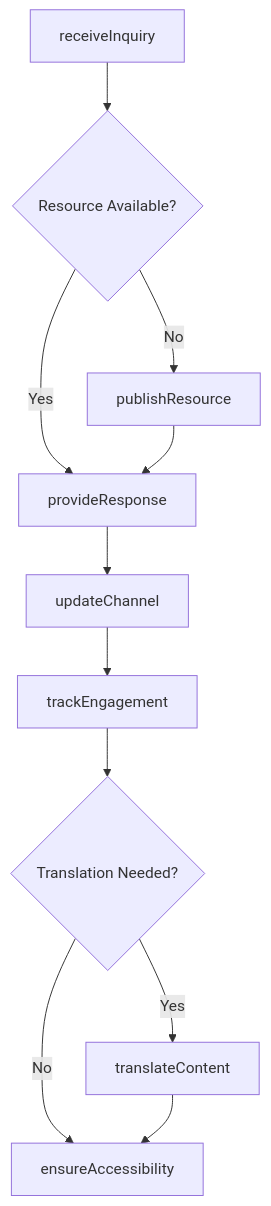
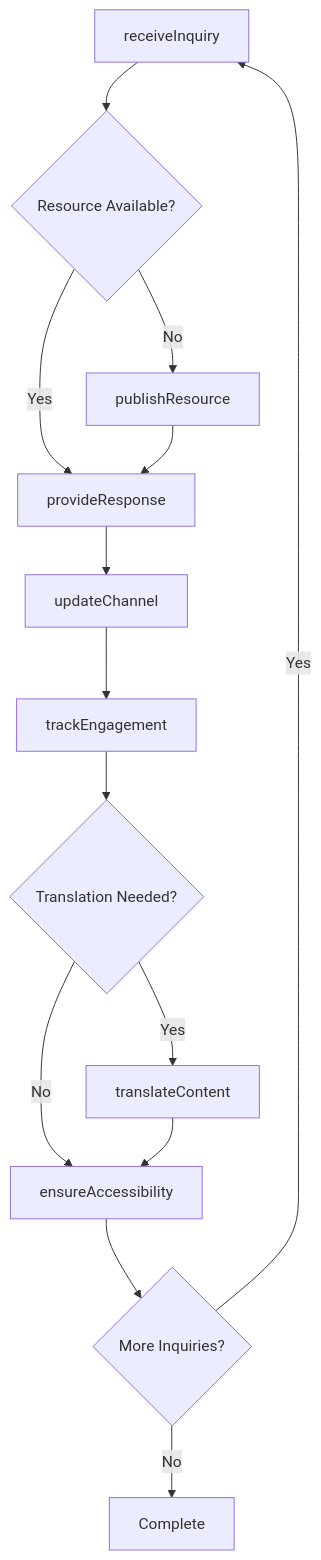
Before and after one commit to dot-org-ai/tasks.org.ai: the third of 4 diagrams in CommunicatingWithPeopleOutsideTheOrganization/ProvideInformationOrAssistanceToThePublic/ProvideInformationGeneralPublic.mdx, drawn with Mermaid. The commit also changed other lines of this file and 504 other files, not shown here.

First line of the commit message:
feat: Add ER diagrams, state diagrams, and workflow improvements to 96 DWA task files

````diff
--- a/CommunicatingWithPeopleOutsideTheOrganization/ProvideInformationOrAssistanceToThePublic/ProvideInformationGeneralPublic.mdx
+++ b/CommunicatingWithPeopleOutsideTheOrganization/ProvideInformationOrAssistanceToThePublic/ProvideInformationGeneralPublic.mdx
@@ -87,13 +115,16 @@
 ```mermaid
 graph TD
     A[receiveInquiry] --> B{Resource Available?}
     B -->|Yes| C[provideResponse]
     B -->|No| D[publishResource]
     D --> C
     C --> E[updateChannel]
     E --> F[trackEngagement]
     F --> G{Translation Needed?}
     G -->|Yes| H[translateContent]
     G -->|No| I[ensureAccessibility]
     H --> I
+    I --> J{More Inquiries?}
+    J -->|Yes| A
+    J -->|No| K[Complete]
 ```
````
